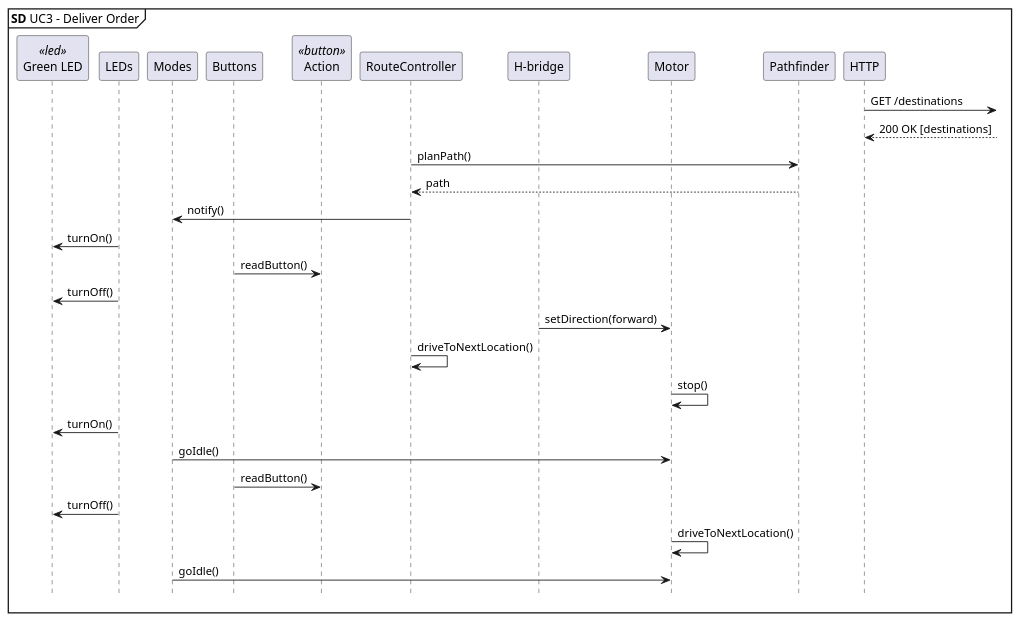
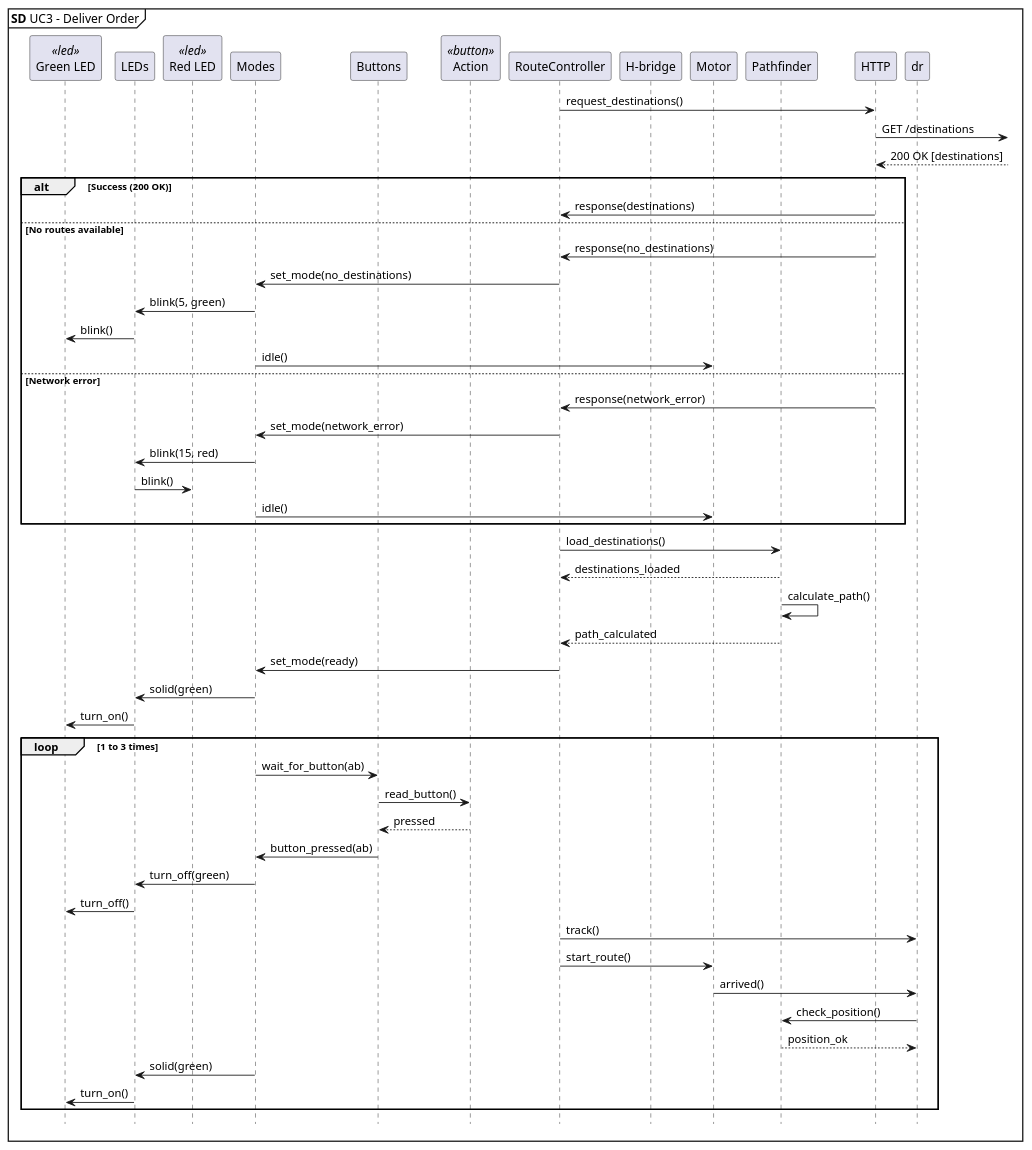
One commit to lineklemensen/PRJ3 changed the diagram in docs/diagrams/Plantuml/apModel/uc3sd-car.puml. Above: the diagram before and after it, drawn with PlantUML. The commit also changed 1 other file, not shown here.

Commit message:
Opdaterede klasse diagram

```diff
--- a/docs/diagrams/Plantuml/apModel/uc3sd-car.puml
+++ b/docs/diagrams/Plantuml/apModel/uc3sd-car.puml
@@ -1,36 +1,65 @@
 @startuml SD UC3 - Deliver Order
 
 mainframe **SD** UC3 - Deliver Order
 hide footbox
 
 participant "Green LED" as gled <<led>>
 participant "LEDs" as led
+participant "Red LED" as rled <<led>>
 participant "Modes" as md
 participant "Buttons" as b
 participant "Action" as ab <<button>>
 participant "RouteController" as rc
 participant "H-bridge" as hb
 participant "Motor" as m
 participant "Pathfinder" as pf
 participant HTTP
 
-
+rc -> HTTP : request_destinations()
 HTTP ->] : GET /destinations
 HTTP <--] : 200 OK [destinations]
-rc -> pf : planPath()
-pf --> rc : path
-rc -> md : notify()
-led -> gled : turnOn()
-b -> ab : readButton()
-led -> gled : turnOff()
-hb -> m : setDirection(forward)
-rc -> rc : driveToNextLocation()
-m -> m : stop()
-led -> gled : turnOn()
-md -> m : goIdle()
-b -> ab : readButton()
-led -> gled : turnOff()
-m -> m : driveToNextLocation()
-md -> m : goIdle()
+
+alt Success (200 OK)
+    HTTP -> rc : response(destinations)
+else No routes available
+    HTTP -> rc : response(no_destinations)
+    rc -> md : set_mode(no_destinations)
+    md -> led : blink(5, green)
+    led -> gled : blink()
+    md -> m : idle()
+else Network error
+    HTTP -> rc : response(network_error)
+    rc -> md : set_mode(network_error)
+    md -> led : blink(15, red)
+    led -> rled : blink()
+    md -> m : idle()
+end
+
+rc -> pf : load_destinations()
+pf --> rc : destinations_loaded
+pf -> pf : calculate_path()
+pf --> rc : path_calculated
+rc -> md : set_mode(ready)
+md -> led : solid(green)
+led -> gled : turn_on()
+
+loop 1 to 3 times
+    md -> b : wait_for_button(ab)
+    b -> ab : read_button()
+    ab --> b : pressed
+    b -> md : button_pressed(ab)
+    md -> led : turn_off(green)
+    led -> gled : turn_off()
+    rc -> dr : track()
+    rc -> m : start_route()
+    m -> dr : arrived()
+    dr -> pf : check_position()
+    pf --> dr : position_ok
+    md -> led : solid(green)
+    led -> gled : turn_on()
+end
+
+
+
 
 @enduml
```
